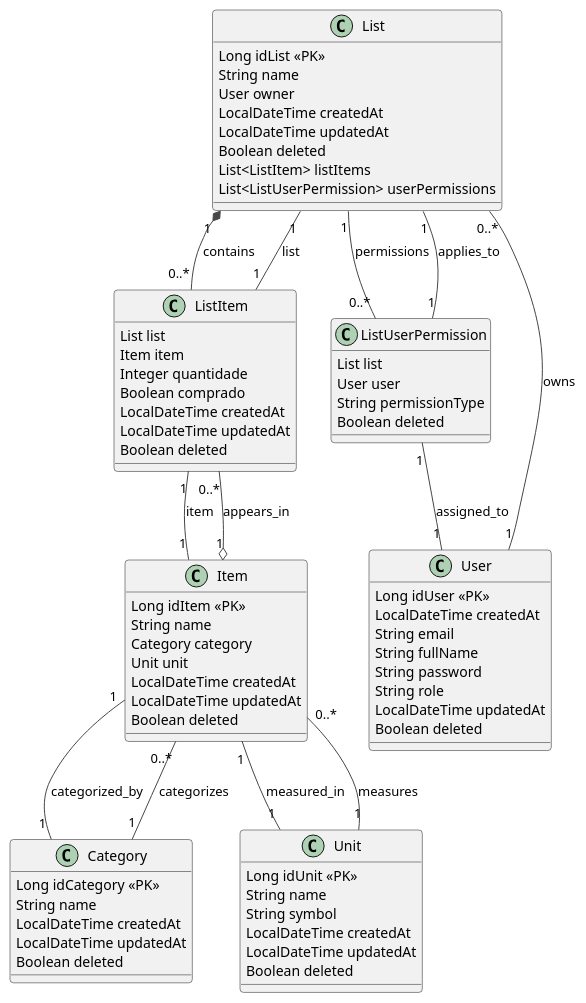
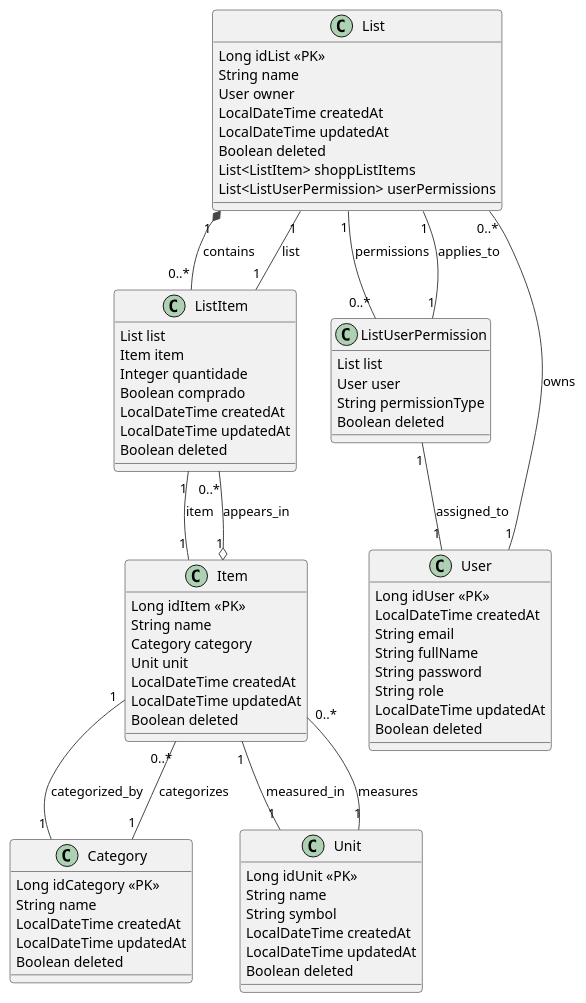
The diagram in lista-de-compras.puml (omatheusmesmo/ShoppMateAPI), drawn with PlantUML before and after one commit. The commit also changed 21 other files, not shown here.

Commit message:
feat: refactor shopping list and item entities, services, and controllers for improved clarity and consistency

```diff
--- a/lista-de-compras.puml
+++ b/lista-de-compras.puml
@@ -1,81 +1,81 @@
 @startuml
 !theme vibrant
 class List {
     Long idList <<PK>>
     String name
     User owner
     LocalDateTime createdAt
     LocalDateTime updatedAt
     Boolean deleted
-    List<ListItem> listItems
+    List<ListItem> shoppListItems
     List<ListUserPermission> userPermissions
 }
 
 class ListItem {
     List list
     Item item
     Integer quantidade
     Boolean comprado
     LocalDateTime createdAt
     LocalDateTime updatedAt
     Boolean deleted
 }
 
 class User {
     Long idUser <<PK>>
     LocalDateTime createdAt
     String email
     String fullName
     String password
     String role
     LocalDateTime updatedAt
     Boolean deleted
 }
 
 class Item {
     Long idItem <<PK>>
     String name
     Category category
     Unit unit
     LocalDateTime createdAt
     LocalDateTime updatedAt
     Boolean deleted
 }
 
 class Category {
     Long idCategory <<PK>>
     String name
     LocalDateTime createdAt
     LocalDateTime updatedAt
     Boolean deleted
 }
 
 class Unit {
     Long idUnit <<PK>>
     String name
     String symbol
     LocalDateTime createdAt
     LocalDateTime updatedAt
     Boolean deleted
 }
 
 class ListUserPermission {
     List list
     User user
     String permissionType
     Boolean deleted
 }
 
 User "1" -- "0..*" List : owns
 List "1" *-- "0..*" ListItem : contains
 Item "1" o-- "0..*" ListItem : appears_in
 Category "1" -- "0..*" Item : categorizes
 Unit "1" -- "0..*" Item : measures
 List "1" -- "0..*" ListUserPermission : permissions
 ListUserPermission "1" -- "1" User : assigned_to
 ListUserPermission "1" -- "1" List : applies_to
 ListItem "1" -- "1" List : list
 ListItem "1" -- "1" Item : item
 Item "1" -- "1" Category : categorized_by
 Item "1" -- "1" Unit : measured_in
 @enduml
```
